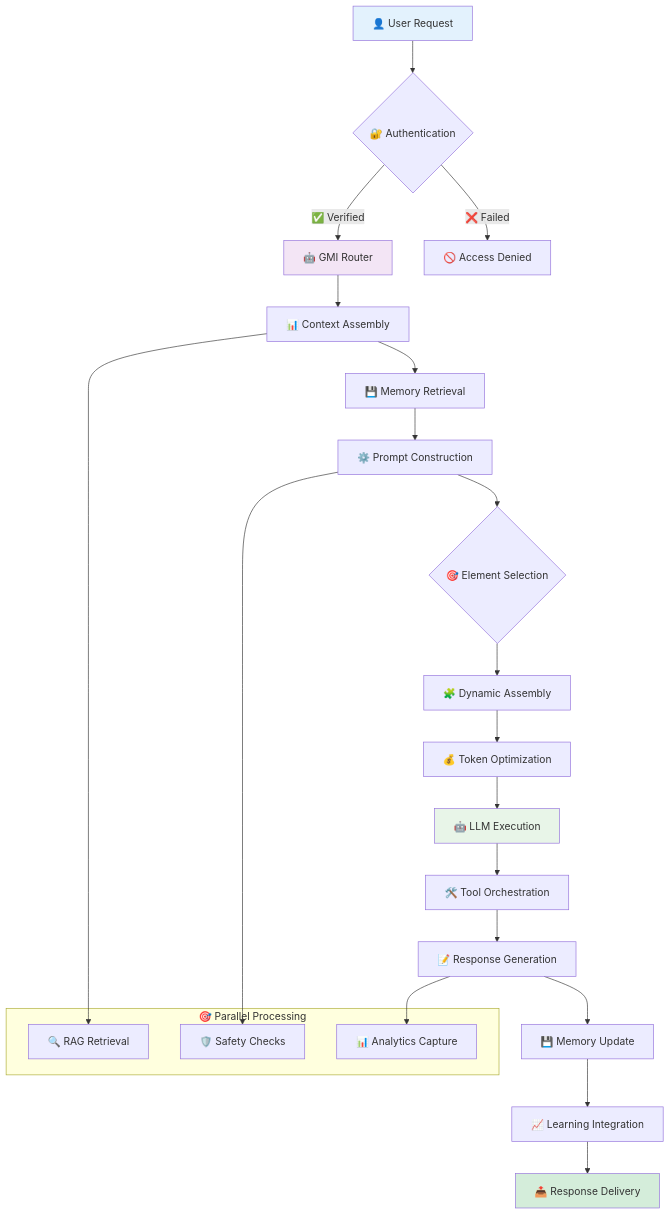
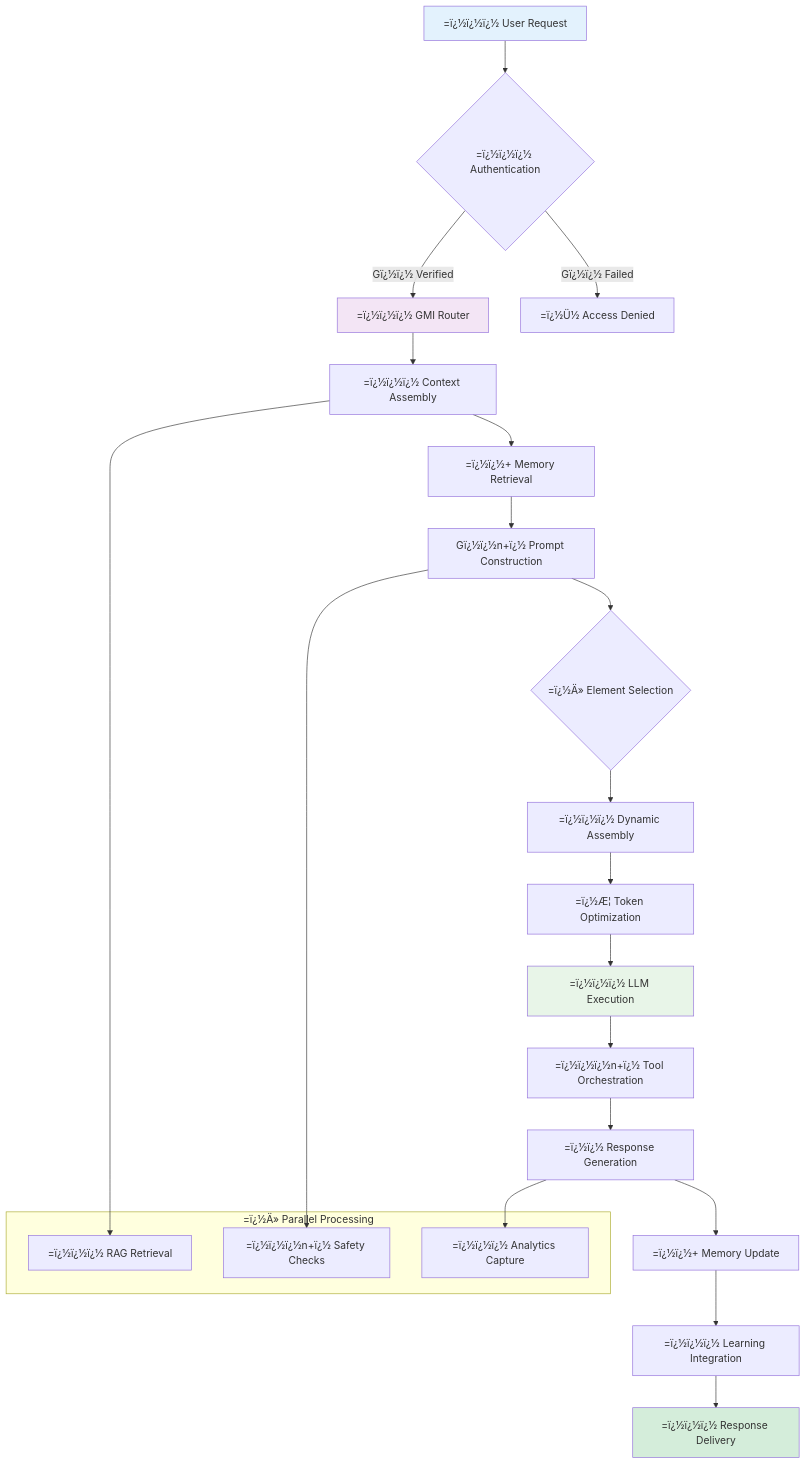
One commit to framersai/agentos-live-docs changed the sixth of 15 diagrams in packages/agentos/docs/ARCHITECTURE.md. Above: the diagram before and after it, drawn with Mermaid. The commit also changed other lines of this file and 47 other files, not shown here.

````diff
--- a/packages/agentos/docs/ARCHITECTURE.md
+++ b/packages/agentos/docs/ARCHITECTURE.md
@@ -308,37 +316,37 @@
 ```mermaid
 flowchart TD
-    A[👤 User Request] --> B{🔐 Authentication}
-    B -->|✅ Verified| C[🤖 GMI Router]
-    B -->|❌ Failed| D[🚫 Access Denied]
+    A[=ï¿½ï¿½ï¿½ User Request] --> B{=ï¿½ï¿½ï¿½ Authentication}
+    B -->|Gï¿½ï¿½ Verified| C[=ï¿½ï¿½ï¿½ GMI Router]
+    B -->|Gï¿½ï¿½ Failed| D[=ï¿½Ü½ Access Denied]
     
-    C --> E[📊 Context Assembly]
-    E --> F[💾 Memory Retrieval]
-    F --> G[⚙️ Prompt Construction]
+    C --> E[=ï¿½ï¿½ï¿½ Context Assembly]
+    E --> F[=ï¿½ï¿½+ Memory Retrieval]
+    F --> G[Gï¿½ï¿½n+ï¿½ Prompt Construction]
     
-    G --> H{🎯 Element Selection}
-    H --> I[🧩 Dynamic Assembly]
-    I --> J[💰 Token Optimization]
+    G --> H{=ï¿½Ä» Element Selection}
+    H --> I[=ï¿½ï¿½ï¿½ Dynamic Assembly]
+    I --> J[=ï¿½Æ¦ Token Optimization]
     
-    J --> K[🤖 LLM Execution]
-    K --> L[🛠️ Tool Orchestration]
-    L --> M[📝 Response Generation]
+    J --> K[=ï¿½ï¿½ï¿½ LLM Execution]
+    K --> L[=ï¿½ï¿½ï¿½n+ï¿½ Tool Orchestration]
+    L --> M[=ï¿½ï¿½ Response Generation]
     
-    M --> N[💾 Memory Update]
-    N --> O[📈 Learning Integration]
-    O --> P[📤 Response Delivery]
+    M --> N[=ï¿½ï¿½+ Memory Update]
+    N --> O[=ï¿½ï¿½ï¿½ Learning Integration]
+    O --> P[=ï¿½ï¿½ï¿½ Response Delivery]
     
-    subgraph "🎯 Parallel Processing"
-        Q[🔍 RAG Retrieval]
-        R[🛡️ Safety Checks]
-        S[📊 Analytics Capture]
+    subgraph "=ï¿½Ä» Parallel Processing"
+        Q[=ï¿½ï¿½ï¿½ RAG Retrieval]
+        R[=ï¿½ï¿½ï¿½n+ï¿½ Safety Checks]
+        S[=ï¿½ï¿½ï¿½ Analytics Capture]
     end
     
     E --> Q
     G --> R
     M --> S
     
     style A fill:#e3f2fd
     style C fill:#f3e5f5
     style K fill:#e8f5e8
     style P fill:#d4edda
 ```
````
